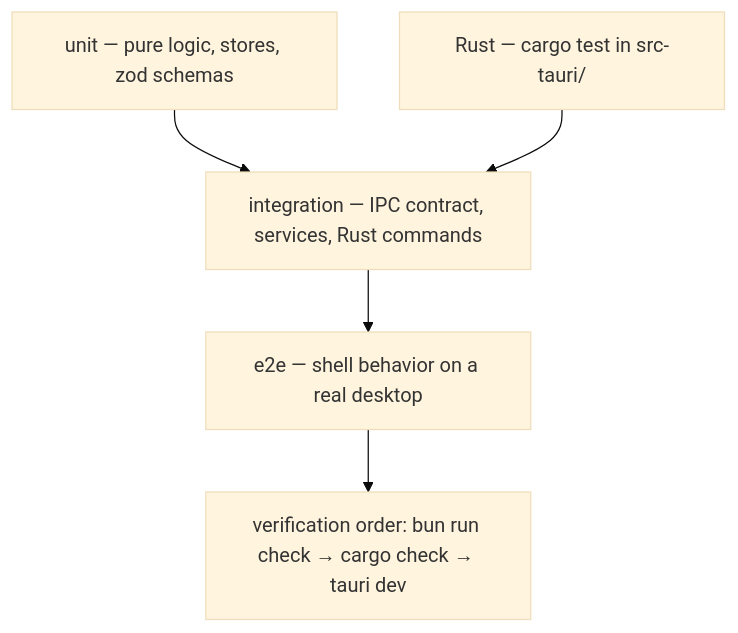
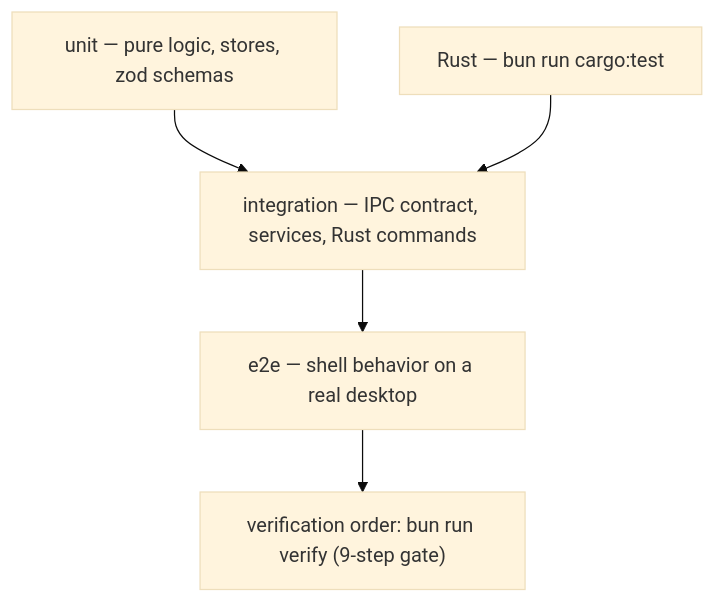
One commit to moughamir/dex changed the diagram in docs/40-engineering/Testing.md. Above: the diagram before and after it, drawn with Mermaid (base theme). The commit also changed other lines of this file and 36 other files, not shown here.

````diff
--- a/docs/40-engineering/Testing.md
+++ b/docs/40-engineering/Testing.md
@@ -48,13 +48,13 @@
 ```mermaid
 flowchart TD
     UNIT["unit — pure logic, stores, zod schemas"]
     INT["integration — IPC contract, services, Rust commands"]
     E2E["e2e — shell behavior on a real desktop"]
-    RUST["Rust — cargo test in src-tauri/"]
-    VERIFY["verification order: bun run check → cargo check → tauri dev"]
+    RUST["Rust — bun run cargo:test"]
+    VERIFY["verification order: bun run verify (9-step gate)"]
 
     UNIT --> INT
     INT --> E2E
     RUST --> INT
     E2E --> VERIFY
 ```
````
